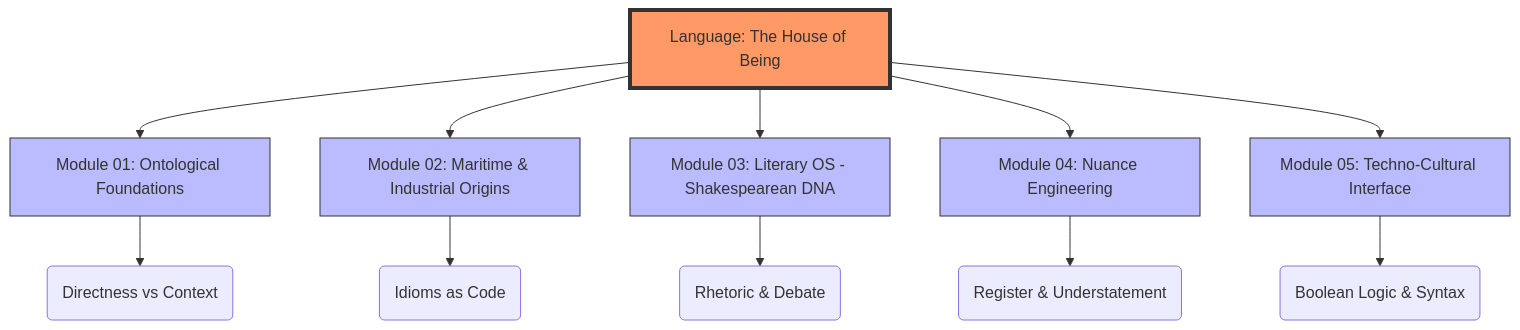
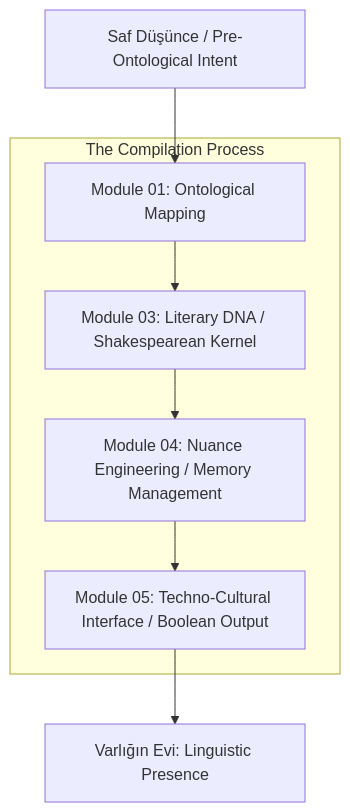
One commit to arch-yunus/Cultural-Syntax-English-as-a-House-of-Being changed the diagram in README.md. Above: the diagram before and after it, drawn with Mermaid. The commit also changed other lines of this file and 14 other files, not shown here.

Commit message:
Cultural-Syntax v3.0: Comprehensive Linguistic OS Expansion. Added Neural Map, Word Anatomy, and conceptual code modules (ASM/Rust/SPL).

````diff
--- a/README.md
+++ b/README.md
@@ -15,21 +29,16 @@
 ```mermaid
 graph TD
-    A[Language: The House of Being] --> B[Module 01: Ontological Foundations]
-    A --> C[Module 02: Maritime & Industrial Origins]
-    A --> D[Module 03: Literary OS - Shakespearean DNA]
-    A --> E[Module 04: Nuance Engineering]
-    A --> F[Module 05: Techno-Cultural Interface]
+    A[Saf Düşünce / Pre-Ontological Intent] --> B[Module 01: Ontological Mapping]
+    B --> C[Module 03: Literary DNA / Shakespearean Kernel]
+    C --> D[Module 04: Nuance Engineering / Memory Management]
+    D --> E[Module 05: Techno-Cultural Interface / Boolean Output]
     
-    B --> B1(Directness vs Context)
-    C --> C1(Idioms as Code)
-    D --> D1(Rhetoric & Debate)
-    E --> E1(Register & Understatement)
-    F --> F1(Boolean Logic & Syntax)
+    subgraph "The Compilation Process"
+    B
+    C
+    D
+    E
+    end
     
-    style A fill:#f96,stroke:#333,stroke-width:4px
-    style B fill:#bbf,stroke:#333
-    style C fill:#bbf,stroke:#333
-    style D fill:#bbf,stroke:#333
-    style E fill:#bbf,stroke:#333
-    style F fill:#bbf,stroke:#333
+    E --> F[Varlığın Evi: Linguistic Presence]
 ```
````
